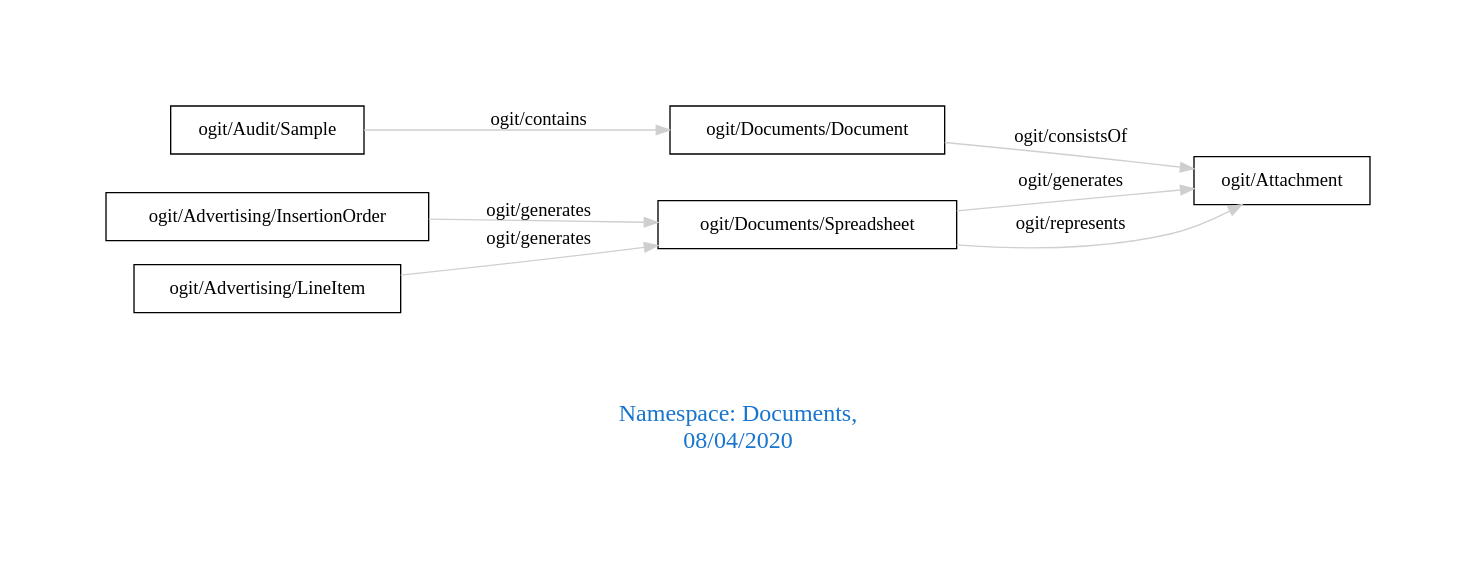
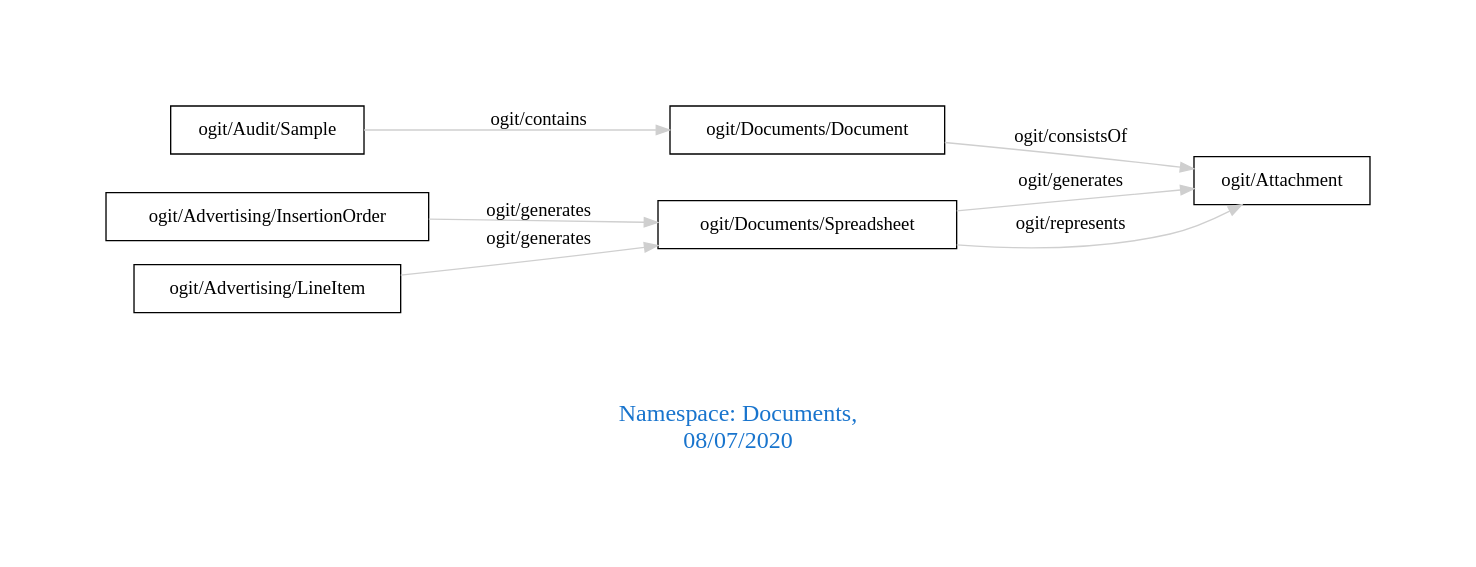
The diagram in downloads/Documents.dot (arago/OGIT), drawn with Graphviz before and after one commit. The commit also changed 1770 other files, not shown here.

```diff
--- a/downloads/Documents.dot
+++ b/downloads/Documents.dot
@@ -1,14 +1,14 @@
 digraph OGIT_ontology {
  graph [ rankdir= LR,pad=1 
 fontsize = 18,
-fontcolor= dodgerblue3,label = "\n\n\nNamespace: Documents, \n 08/04/2020"];
+fontcolor= dodgerblue3,label = "\n\n\nNamespace: Documents, \n 08/07/2020"];
 node[shape=polygon];
 edge [  color="gray81"];
 
    "ogit/Audit/Sample" -> "ogit/Documents/Document" [label="   ogit/contains    "];
    "ogit/Advertising/InsertionOrder" -> "ogit/Documents/Spreadsheet" [label="   ogit/generates    "];
    "ogit/Advertising/LineItem" -> "ogit/Documents/Spreadsheet" [label="   ogit/generates    "];
    "ogit/Documents/Spreadsheet" -> "ogit/Attachment" [label="   ogit/generates    "];
    "ogit/Documents/Spreadsheet" -> "ogit/Attachment" [label="   ogit/represents    "];
    "ogit/Documents/Document" -> "ogit/Attachment" [label="   ogit/consistsOf    "];
 }
```
